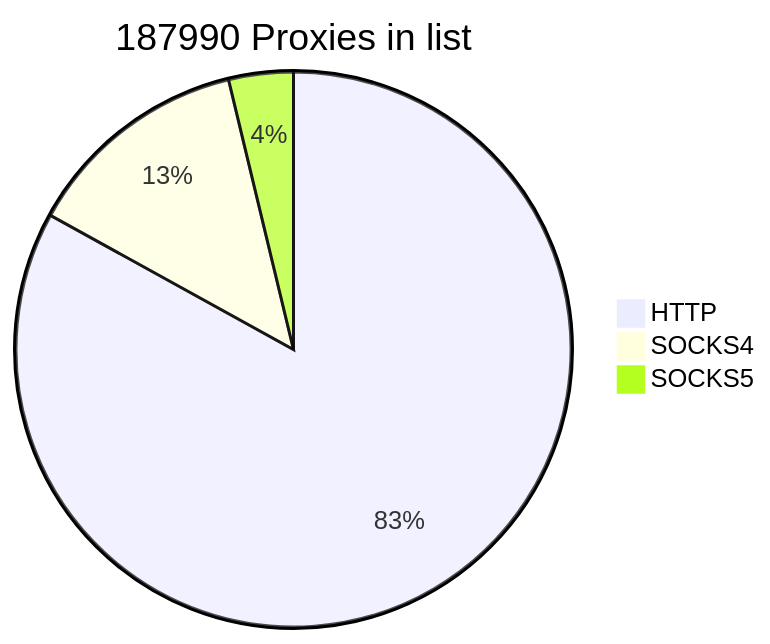
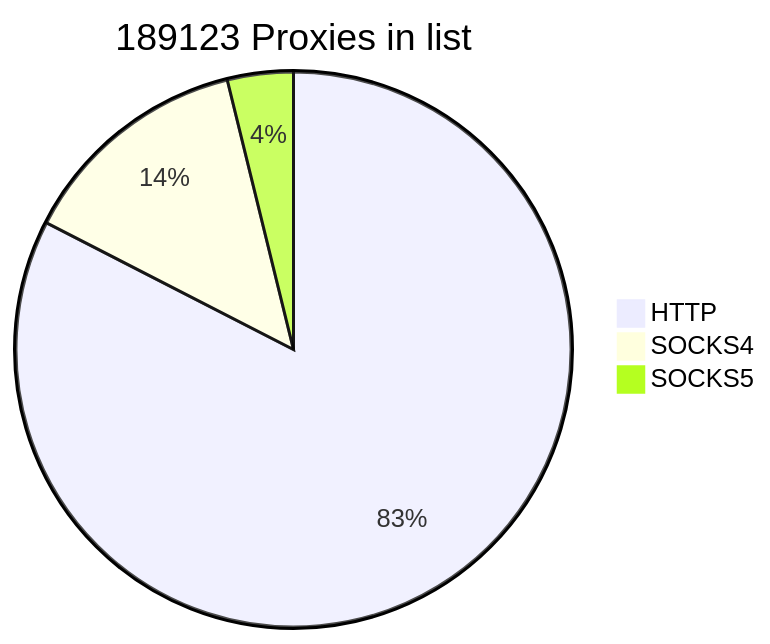
The first of 2 diagrams in README.md (cutipu/proxylist), drawn with Mermaid before and after one commit. The commit also changed other lines of this file, not shown here.

````diff
--- a/README.md
+++ b/README.md
@@ -2,7 +2,7 @@
 ```mermaid
-pie title 187990 Proxies in list
-    "HTTP" : 156080
-    "SOCKS4" : 24842
-    "SOCKS5" : 7068
+pie title 189123 Proxies in list
+    "HTTP" : 156109
+    "SOCKS4" : 25764
+    "SOCKS5" : 7250
             
 ```
````
